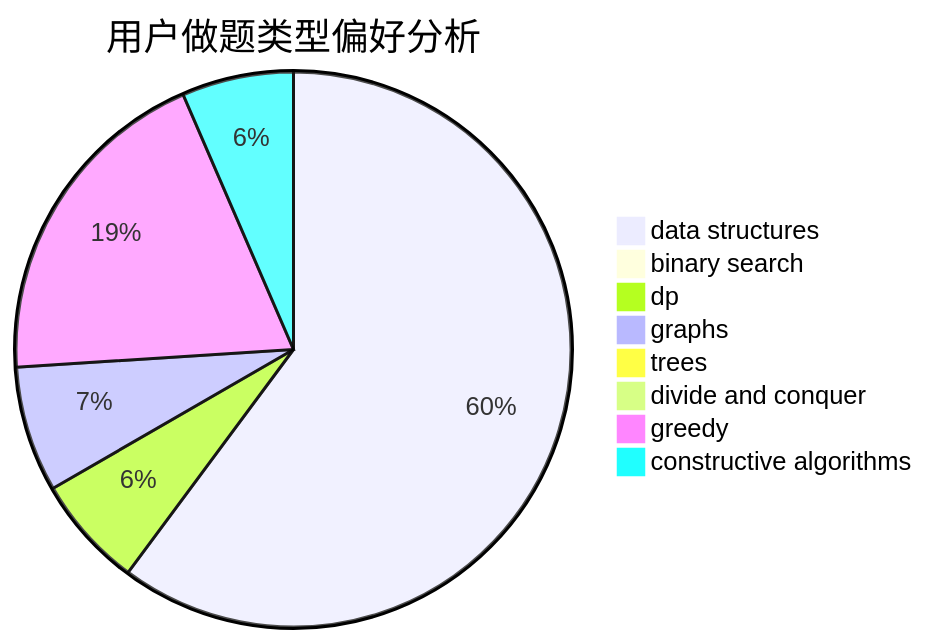
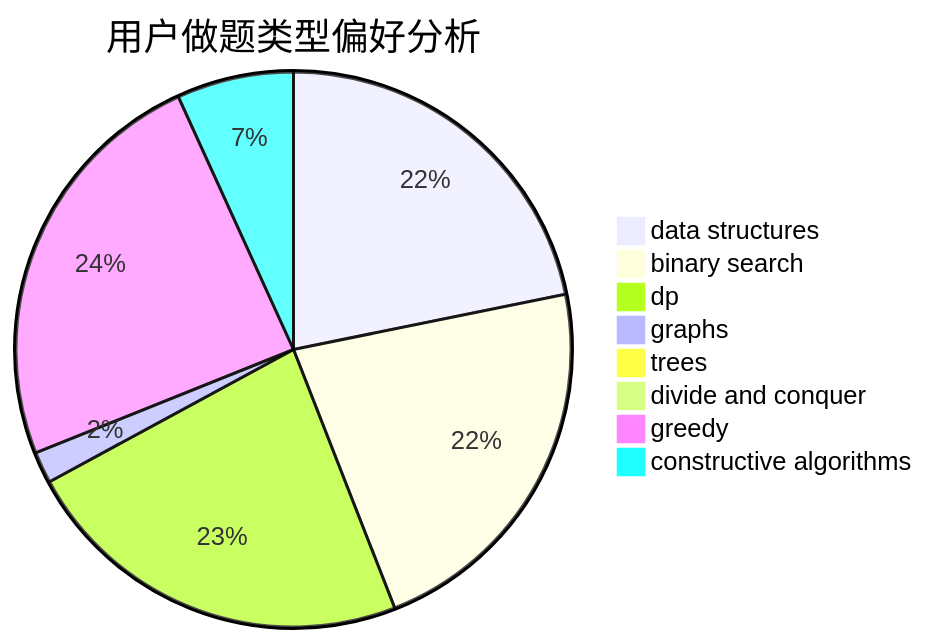
The second of 3 diagrams in docs/user/u1158.md (sherpahu/cfrs.github.io), drawn with Mermaid before and after one commit. The commit also changed other lines of this file and 2770 other files, not shown here.

````diff
--- a/docs/user/u1158.md
+++ b/docs/user/u1158.md
@@ -23,11 +23,11 @@
 ```mermaid
 pie title 用户做题类型偏好分析
-    "data structures" :  74
-    "binary search" :  0
-    "dp" :  8
-    "graphs" :  9
-    "trees" :  1
+    "data structures" :  391
+    "binary search" :  399
+    "dp" :  413
+    "graphs" :  33
+    "trees" :  0
     "divide and conquer" :  0
-    "greedy" :  24
-    "constructive algorithms" :  8
+    "greedy" :  435
+    "constructive algorithms" :  122
 ```
````
